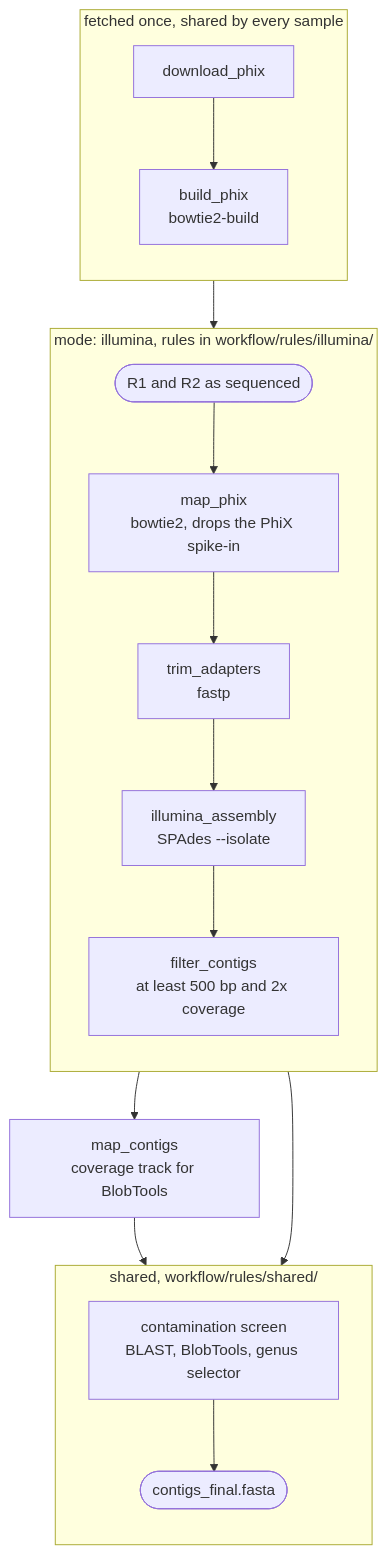
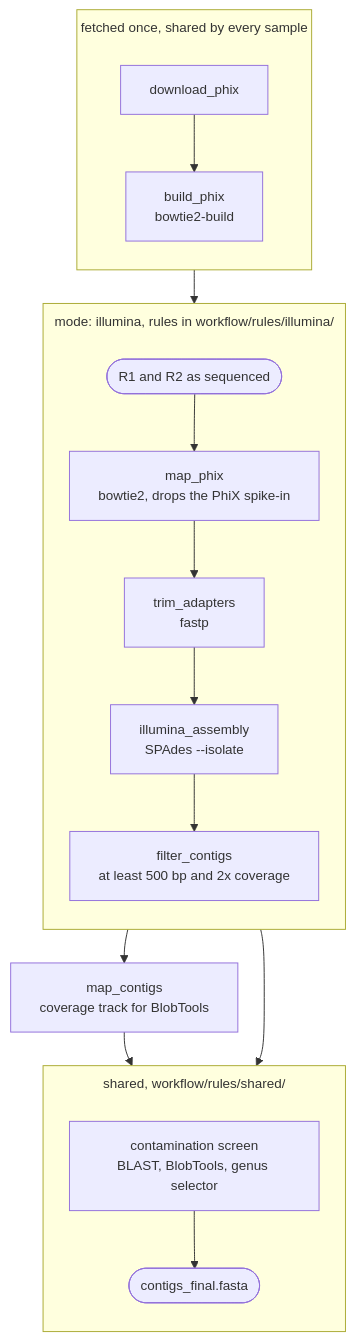
One commit to iLivius/BacFlux changed the diagram in docs/modes/illumina.md. Above: the diagram before and after it, drawn with Mermaid. The commit also changed other lines of this file and 43 other files, not shown here.

````diff
--- a/docs/modes/illumina.md
+++ b/docs/modes/illumina.md
@@ -12,28 +14,39 @@
 ```mermaid
+---
+config:
+  themeVariables:
+    fontSize: 14px
+  flowchart:
+    nodeSpacing: 35
+    rankSpacing: 35
+    subGraphTitleMargin:
+      top: 8
+      bottom: 20
+---
 flowchart TD
     subgraph FE["mode: illumina, rules in workflow/rules/illumina/"]
         direction TB
         RAW([R1 and R2 as sequenced])
         PX[map_phix<br/>bowtie2, drops the PhiX spike-in]
         TR[trim_adapters<br/>fastp]
         AS[illumina_assembly<br/>SPAdes --isolate]
         FC[filter_contigs<br/>at least 500 bp and 2x coverage]
         RAW --> PX --> TR --> AS --> FC
     end
 
     subgraph DB["fetched once, shared by every sample"]
         direction TB
         DP[download_phix] --> BP[build_phix<br/>bowtie2-build]
     end
     BP --> PX
 
     subgraph SH["shared, workflow/rules/shared/"]
         direction TB
         SC[contamination screen<br/>BLAST, BlobTools, genus selector]
         OUT([contigs_final.fasta])
         SC --> OUT
     end
     FC --> SC
     TR --> MAP[map_contigs<br/>coverage track for BlobTools]
     MAP --> SC
 ```
````
